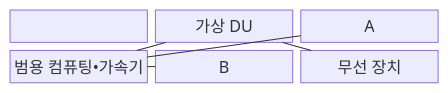
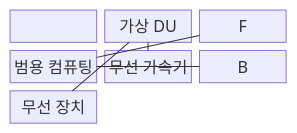
The first of 2 diagrams in src/content/docs/notes/04-network/112_virtual_ran.md (agnusdei1207/knowledge-base), drawn with Mermaid before and after one commit. The commit also changed other lines of this file and 16 other files, not shown here.

````diff
--- a/src/content/docs/notes/04-network/112_virtual_ran.md
+++ b/src/content/docs/notes/04-network/112_virtual_ran.md
@@ -67,9 +75,10 @@
 ```mermaid
 block-beta
   columns 3
-  A["운영•클라우드 플랫폼"] --- B["가상 CU"] --- C["가상 DU"]
-  A --- D["범용 컴퓨팅•가속기"]
+  A["운영 제어기"] --- F["클라우드 플랫폼"] --- B["가상 CU"] --- C["가상 DU"]
+  F --- D["범용 컴퓨팅"]
+  D --- G["무선 가속기"]
   D --- B
-  D --- C
+  G --- C
   C --- E["무선 장치"]
 ```
````
